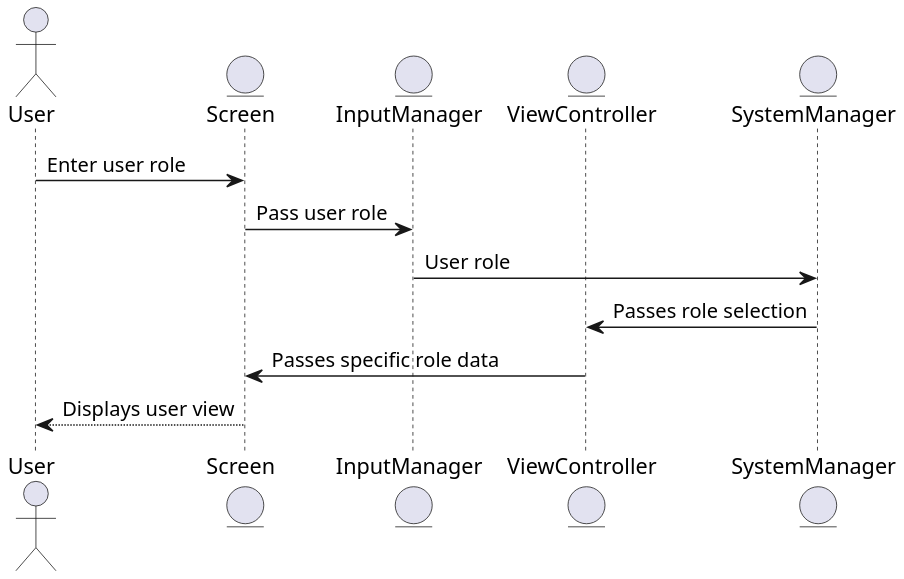
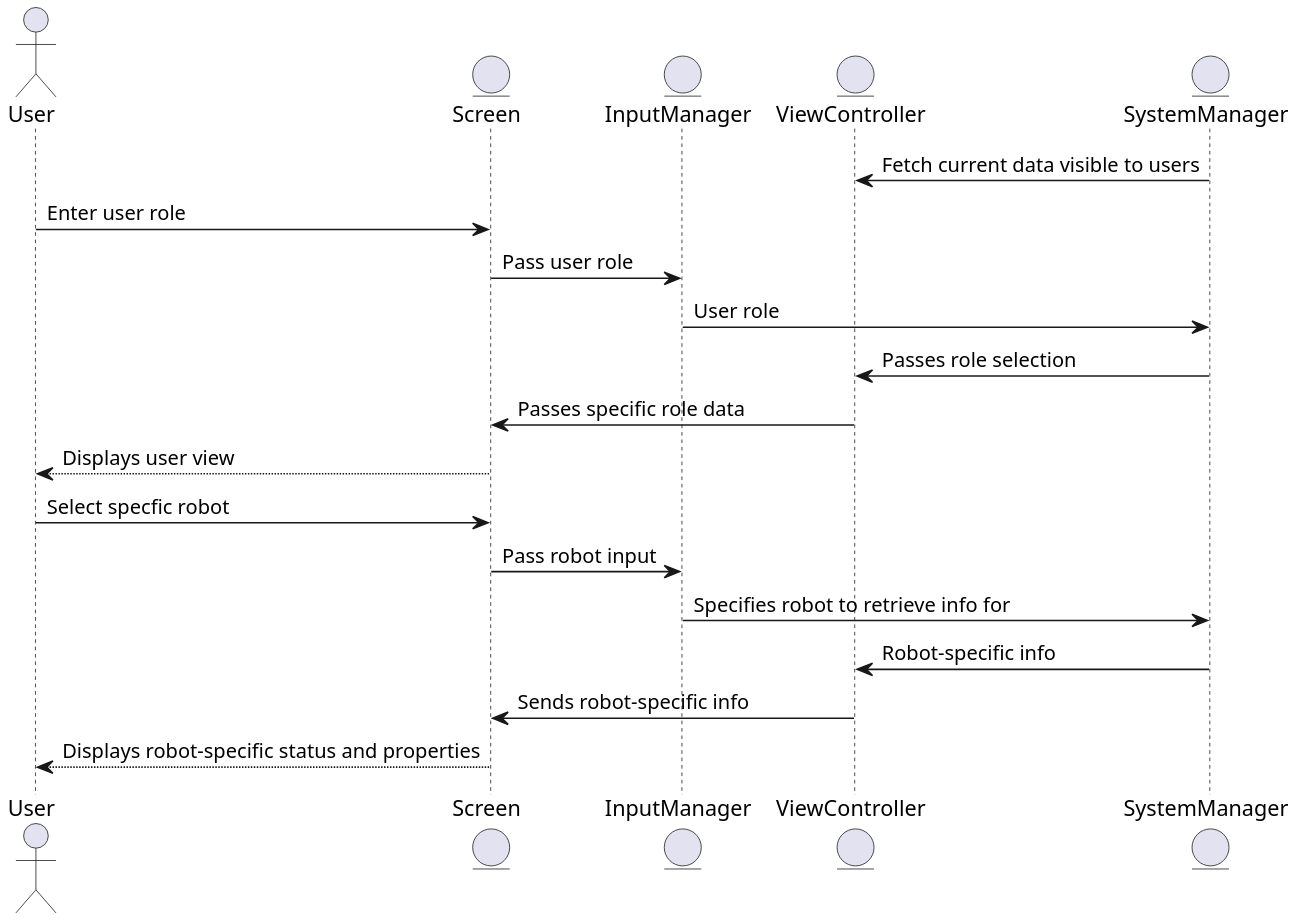
One commit to ur-swe-fa24/main-project-scrum-heads changed the diagram in docs/design/Sequence Diagrams/UI Sequence Diagrams/view_robots.puml. Above: the diagram before and after it, drawn with PlantUML. The commit also changed 6 other files, not shown here.

```diff
--- a/docs/design/Sequence Diagrams/UI Sequence Diagrams/view_robots.puml
+++ b/docs/design/Sequence Diagrams/UI Sequence Diagrams/view_robots.puml
@@ -1,21 +1,31 @@
 @startuml ViewRobotsSD
 skinparam dpi 200
 skinparam DefaultFontName Inconsolata
 
 ' Defines all participants (actors and entities)
 actor User
 entity Screen
 entity InputManager
 entity ViewController
 entity SystemManager
 
 ' Sequence flow of user selecting role and getting specific display
+SystemManager -> ViewController : Fetch current data visible to users
 User -> Screen : Enter user role
 Screen -> InputManager : Pass user role
 InputManager -> SystemManager : User role
 SystemManager -> ViewController : Passes role selection
 ViewController -> Screen : Passes specific role data
 Screen --> User : Displays user view
 
+' Sequence flow for viewing robots (status and properties)
+' Note: not all users would be able to accomplish this
+' because the screen simply wouldn't display the option
+User -> Screen : Select specfic robot
+Screen -> InputManager : Pass robot input
+InputManager -> SystemManager : Specifies robot to retrieve info for
+SystemManager -> ViewController : Robot-specific info
+ViewController -> Screen : Sends robot-specific info
+Screen --> User : Displays robot-specific status and properties
 
 @enduml
```
